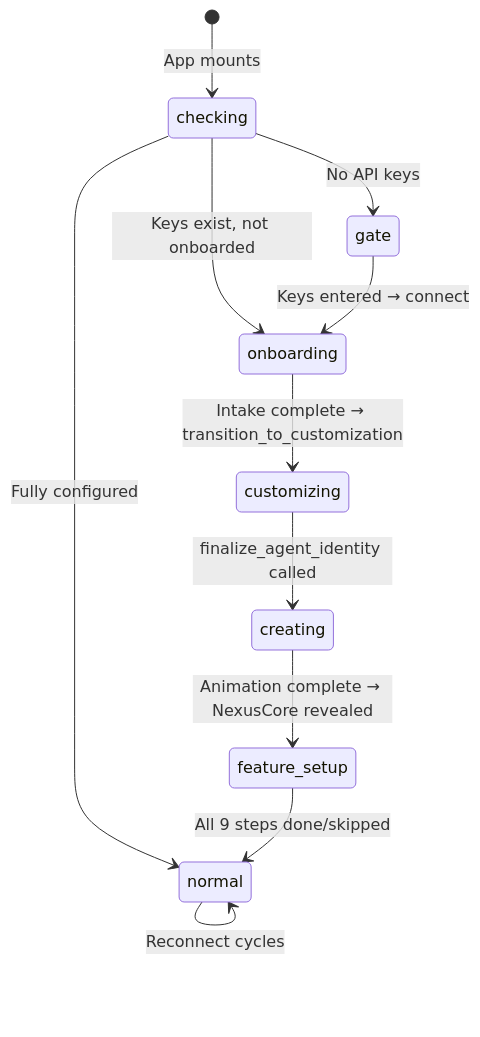
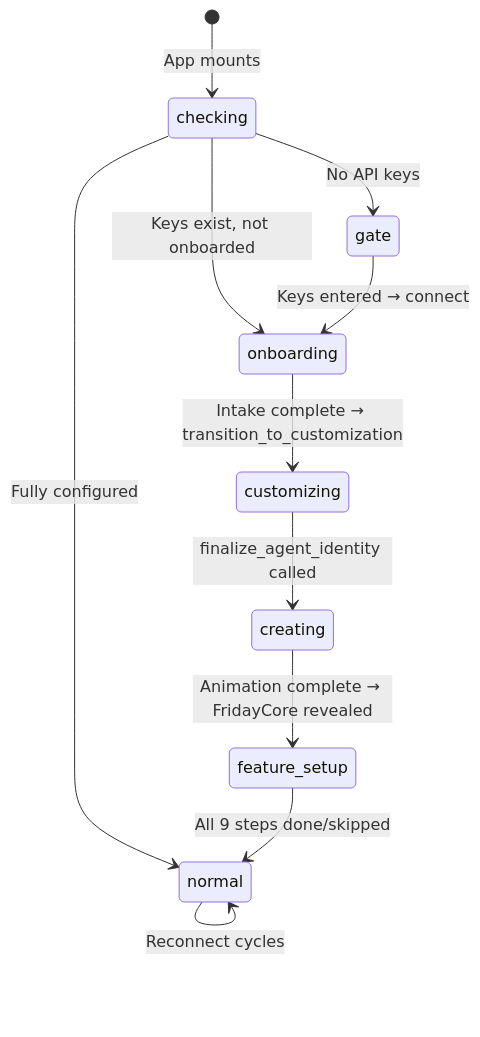
The fifth of 17 diagrams in ARCHITECTURE.md (FutureSpeakAI/Agent-Friday), drawn with Mermaid before and after one commit. The commit also changed other lines of this file and 58 other files, not shown here.

First line of the commit message:
refactor: complete Eve/Nexus→Friday rename + voice-first defaults

````diff
--- a/ARCHITECTURE.md
+++ b/ARCHITECTURE.md
@@ -529,15 +529,15 @@
 ```mermaid
 stateDiagram-v2
     [*] --> checking: App mounts
     checking --> gate: No API keys
     checking --> onboarding: Keys exist, not onboarded
     checking --> normal: Fully configured
 
     gate --> onboarding: Keys entered → connect
     onboarding --> customizing: Intake complete → transition_to_customization
     customizing --> creating: finalize_agent_identity called
-    creating --> feature_setup: Animation complete → NexusCore revealed
+    creating --> feature_setup: Animation complete → FridayCore revealed
     feature_setup --> normal: All 9 steps done/skipped
 
     normal --> normal: Reconnect cycles
 ```
````
